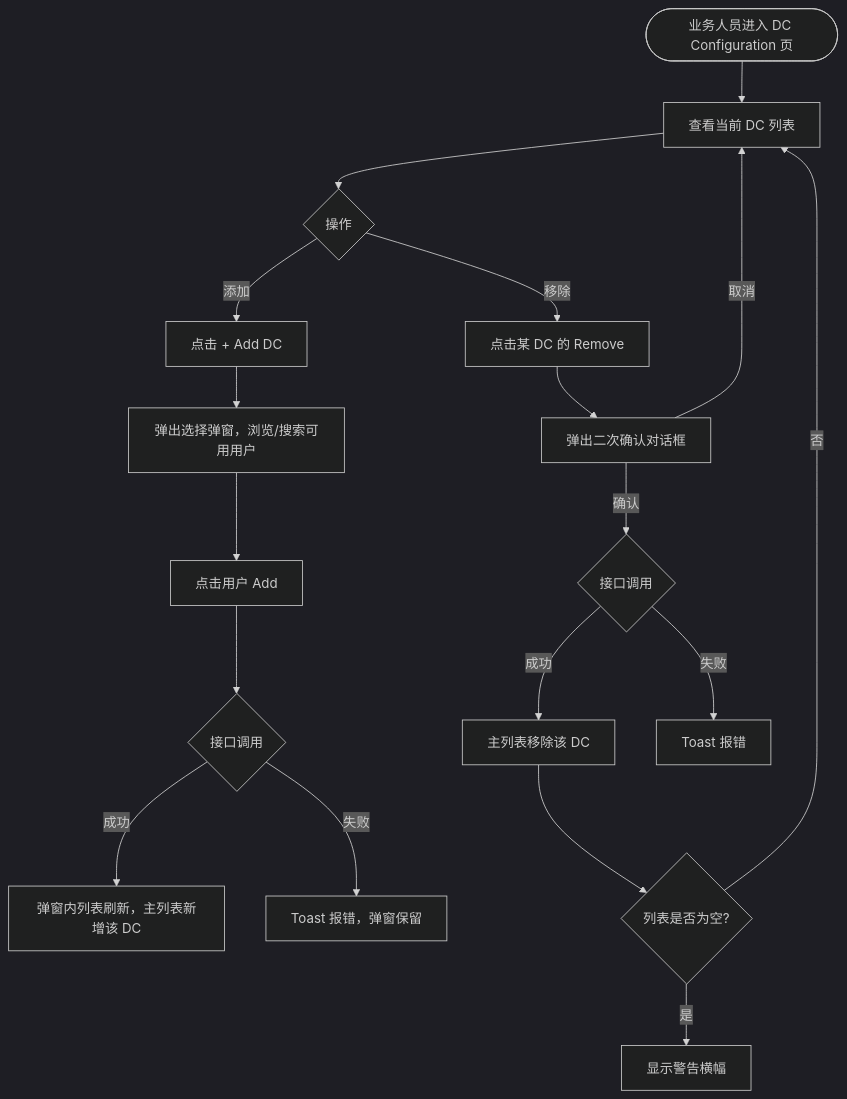
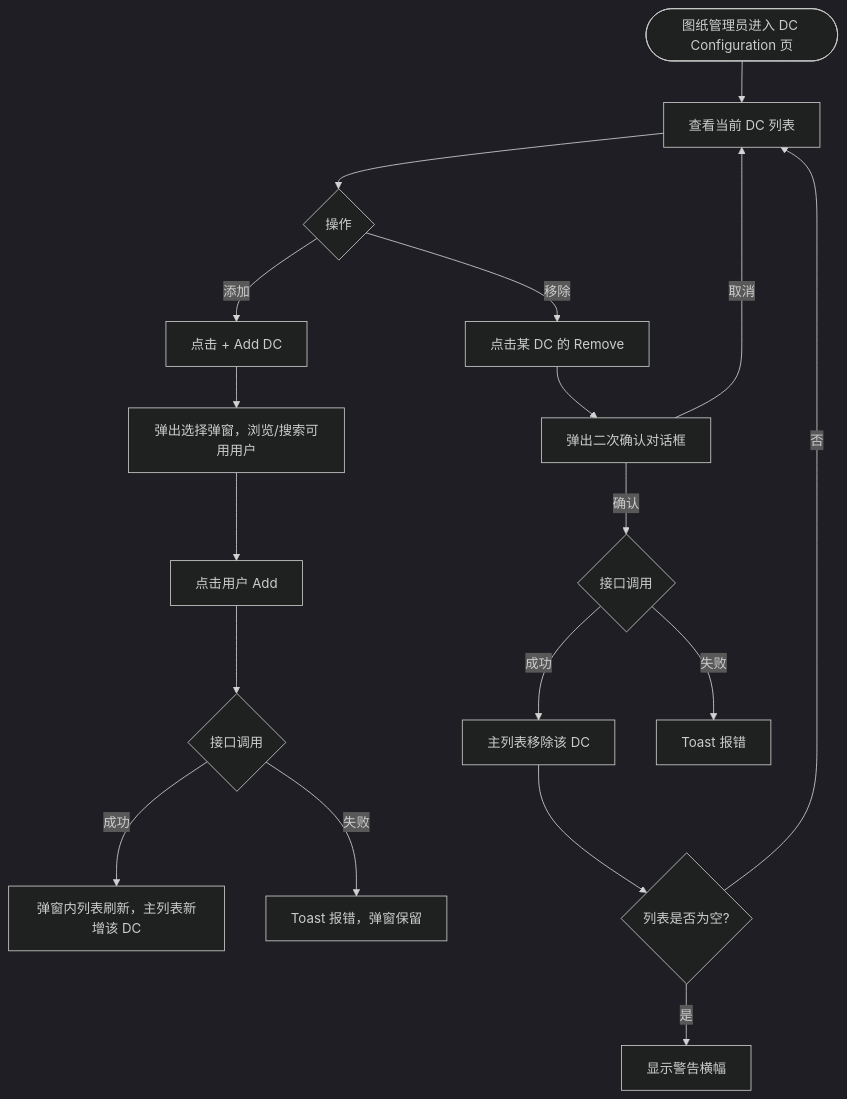
Before and after one commit to xiayingspace-hue/smart-site: the diagram in requirements/pc/REQ-007D-pc.md, drawn with Mermaid (dark theme). The commit also changed other lines of this file and 20 other files, not shown here.

First line of the commit message:
refactor(requirements): 按 glossary §2 统一图纸线角色名称

````diff
--- a/requirements/pc/REQ-007D-pc.md
+++ b/requirements/pc/REQ-007D-pc.md
@@ -149,20 +149,20 @@
 ```mermaid
 flowchart TD
-    A([业务人员进入 DC Configuration 页]) --> B[查看当前 DC 列表]
+    A([图纸管理员进入 DC Configuration 页]) --> B[查看当前 DC 列表]
     B --> C{操作}
     C -- 添加 --> D[点击 + Add DC]
     C -- 移除 --> E[点击某 DC 的 Remove]
     D --> F[弹出选择弹窗，浏览/搜索可用用户]
     F --> G[点击用户 Add]
     G --> H{接口调用}
     H -- 成功 --> I[弹窗内列表刷新，主列表新增该 DC]
     H -- 失败 --> J[Toast 报错，弹窗保留]
     E --> K[弹出二次确认对话框]
     K -- 确认 --> L{接口调用}
     K -- 取消 --> B
     L -- 成功 --> M[主列表移除该 DC]
     M --> N{列表是否为空?}
     N -- 是 --> O[显示警告横幅]
     N -- 否 --> B
     L -- 失败 --> P[Toast 报错]
 ```
````
